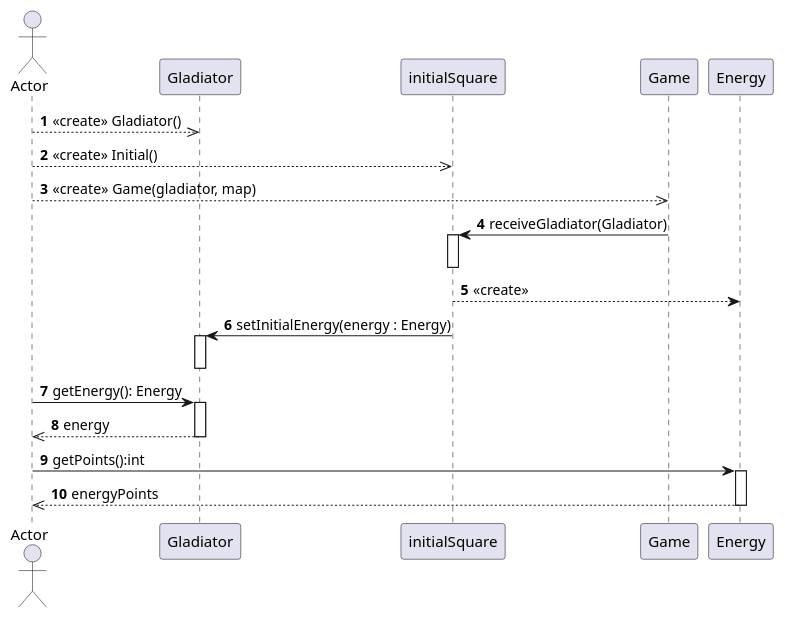
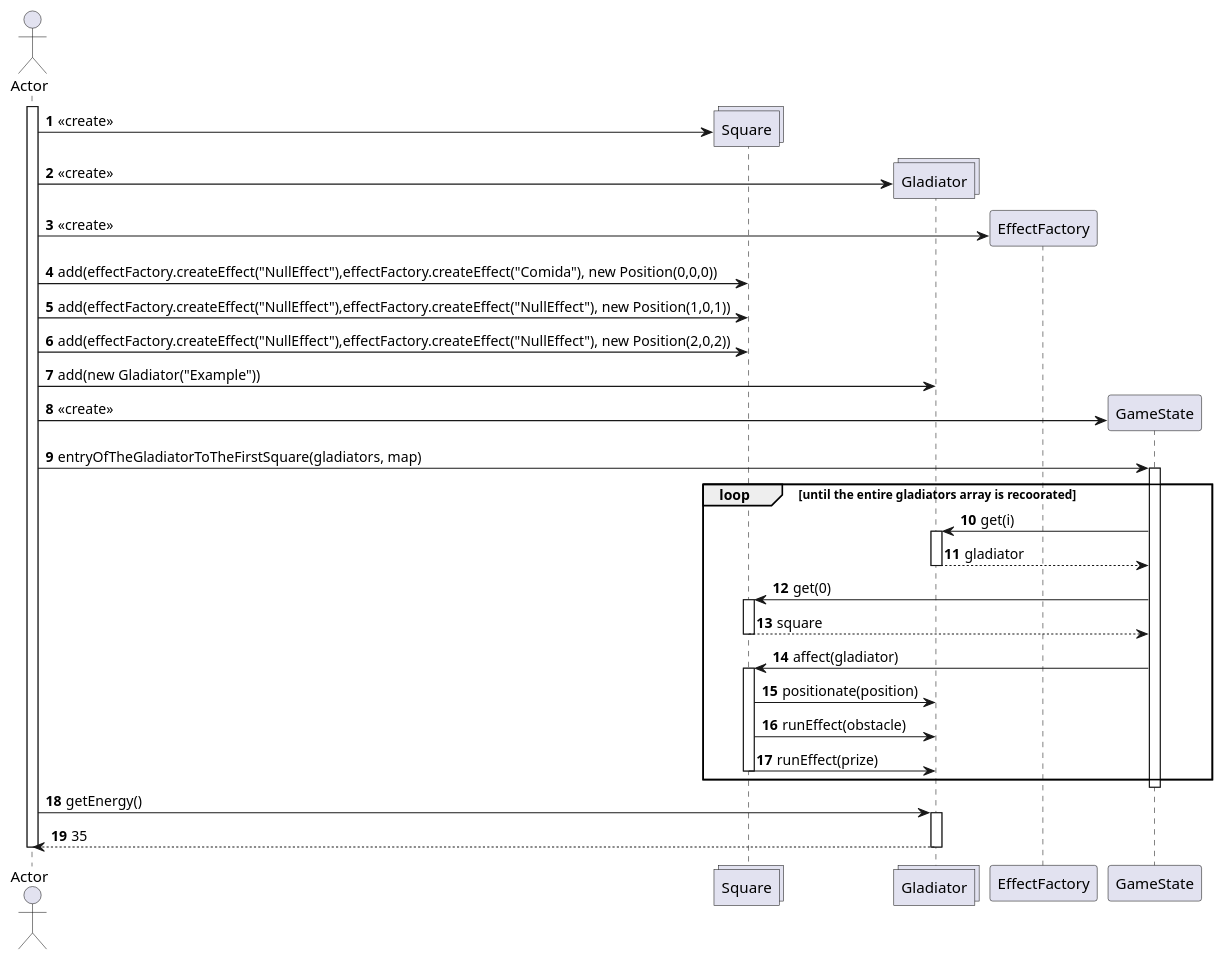
One commit to PabloGCH/tp2-algo3 changed the diagram in diagrams/sequences/UseCase02.puml. Above: the diagram before and after it, drawn with PlantUML. The commit also changed 95 other files, not shown here.

```diff
--- a/diagrams/sequences/UseCase02.puml
+++ b/diagrams/sequences/UseCase02.puml
@@ -1,22 +1,44 @@
 @startuml
 autonumber
 actor Actor
-Actor -->> Gladiator: <<create>> Gladiator()
-Actor -->> initialSquare: <<create>> Initial()
-Actor -->> Game: <<create>> Game(gladiator, map)
-Game -> initialSquare: receiveGladiator(Gladiator)
-activate initialSquare
-deactivate initialSquare
-initialSquare --> Energy: <<create>>
-initialSquare -> Gladiator: setInitialEnergy(energy : Energy)
+activate Actor
+create collections Square
+Actor -> Square: <<create>>
+create collections Gladiator
+Actor -> Gladiator: <<create>>
+create EffectFactory
+Actor -> EffectFactory: <<create>>
+Actor -> Square: add(effectFactory.createEffect("NullEffect"),effectFactory.createEffect("Comida"), new Position(0,0,0))
+Actor -> Square: add(effectFactory.createEffect("NullEffect"),effectFactory.createEffect("NullEffect"), new Position(1,0,1))
+Actor -> Square: add(effectFactory.createEffect("NullEffect"),effectFactory.createEffect("NullEffect"), new Position(2,0,2))
+Actor -> Gladiator: add(new Gladiator("Example"))
+
+create GameState
+Actor -> GameState: <<create>>
+
+Actor -> GameState: entryOfTheGladiatorToTheFirstSquare(gladiators, map)
+activate GameState
+    loop until the entire gladiators array is recoorated
+        GameState -> Gladiator: get(i)
+        activate Gladiator
+           Gladiator --> GameState: gladiator
+        deactivate Gladiator
+        GameState -> Square: get(0)
+        activate Square
+           Square --> GameState: square
+        deactivate Square
+        GameState -> Square: affect(gladiator)
+        activate Square
+           Square -> Gladiator: positionate(position)
+           Square -> Gladiator: runEffect(obstacle)
+           Square -> Gladiator: runEffect(prize)
+        deactivate Square
+    end loop
+deactivate GameState
+
+Actor -> Gladiator: getEnergy()
 activate Gladiator
+    Gladiator --> Actor: 35
 deactivate Gladiator
-Actor -> Gladiator: getEnergy(): Energy
-activate Gladiator
-Gladiator -->> Actor: energy
-deactivate Gladiator
-Actor -> Energy: getPoints():int
-activate Energy
-Energy -->> Actor: energyPoints
-deactivate Energy
+deactivate Actor
 @enduml
```
